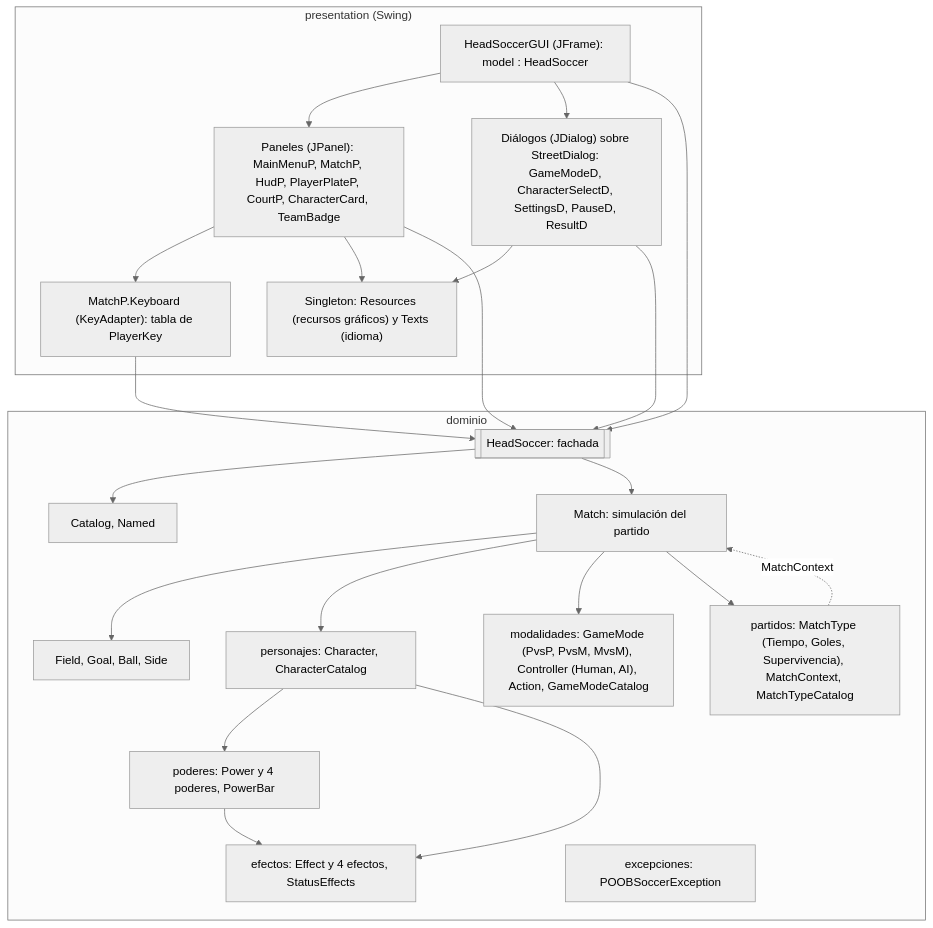
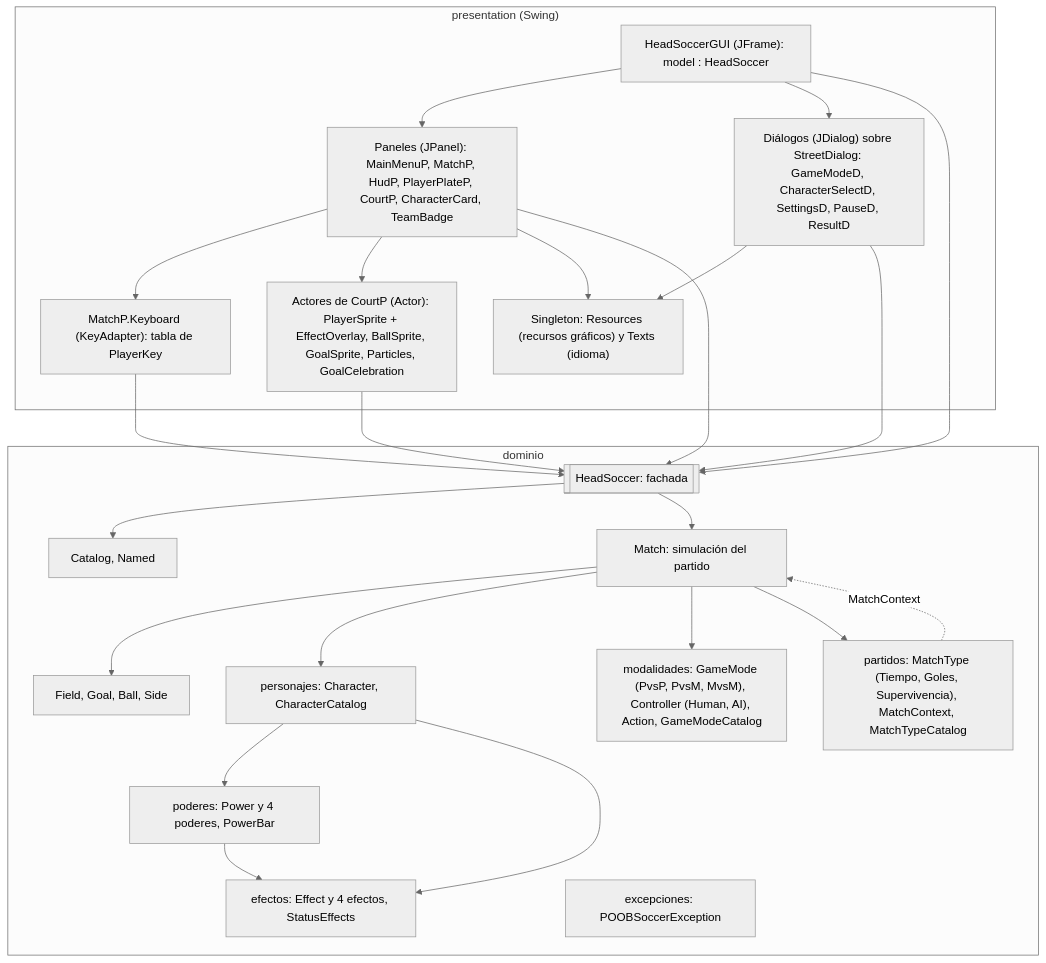
The diagram in README.md (SantiagoCordobaT/Proyecto_Final-DOPO), drawn with Mermaid (neutral theme) before and after one commit. The commit also changed other lines of this file, not shown here.

Commit message:
docs: actores de animacion, fluidez y decisiones visuales en el README

````diff
--- a/README.md
+++ b/README.md
@@ -203,41 +203,44 @@
 ```mermaid
 flowchart TB
   subgraph P["presentation (Swing)"]
     GUI["HeadSoccerGUI (JFrame): model : HeadSoccer"]
     PNL["Paneles (JPanel): MainMenuP, MatchP, HudP, PlayerPlateP, CourtP, CharacterCard, TeamBadge"]
+    ACT["Actores de CourtP (Actor): PlayerSprite + EffectOverlay, BallSprite, GoalSprite, Particles, GoalCelebration"]
     DLG["Diálogos (JDialog) sobre StreetDialog: GameModeD, CharacterSelectD, SettingsD, PauseD, ResultD"]
     KEY["MatchP.Keyboard (KeyAdapter): tabla de PlayerKey"]
     RES["Singleton: Resources (recursos gráficos) y Texts (idioma)"]
   end
   subgraph D["dominio"]
     HS[["HeadSoccer: fachada"]]
     MA["Match: simulación del partido"]
     FI["Field, Goal, Ball, Side"]
     CA["Catalog, Named"]
     PE["personajes: Character, CharacterCatalog"]
     PO["poderes: Power y 4 poderes, PowerBar"]
     EF["efectos: Effect y 4 efectos, StatusEffects"]
     MO["modalidades: GameMode (PvsP, PvsM, MvsM), Controller (Human, AI), Action, GameModeCatalog"]
     PA["partidos: MatchType (Tiempo, Goles, Supervivencia), MatchContext, MatchTypeCatalog"]
     EX["excepciones: POOBSoccerException"]
   end
   GUI --> PNL
   GUI --> DLG
   PNL --> KEY
+  PNL --> ACT
+  ACT --> HS
   PNL --> RES
   DLG --> RES
   GUI --> HS
   PNL --> HS
   DLG --> HS
   KEY --> HS
   HS --> CA
   HS --> MA
   MA --> FI
   MA --> PE
   MA --> MO
   MA --> PA
   PA -. MatchContext .-> MA
   PE --> PO
   PE --> EF
   PO --> EF
 ```
````
